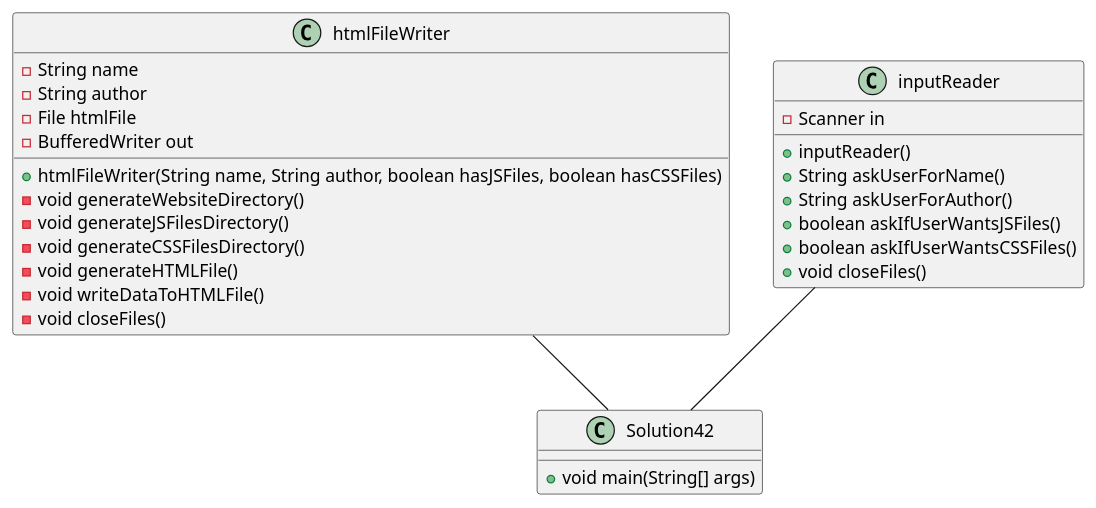
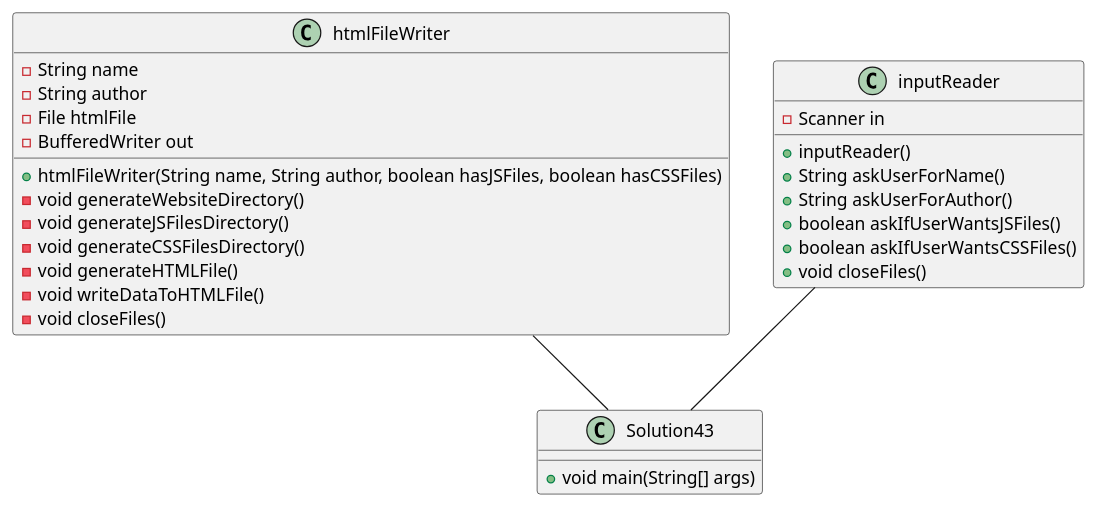
One commit to jkglaspey/glaspey-a04 changed the diagram in exercise43/docs/Solution43UMLDiagram.puml. Above: the diagram before and after it, drawn with PlantUML.

Commit message:
Updated PlantUML Diagram

```diff
--- a/exercise43/docs/Solution43UMLDiagram.puml
+++ b/exercise43/docs/Solution43UMLDiagram.puml
@@ -1,40 +1,40 @@
 @startuml
 class htmlFileWriter {
 ' Strings are data variables being used in the HTML file
 -String name
 -String author
 ' File object used to create html file
 -File htmlFile
 ' BufferedWriter object is used to write output to the html file
 -BufferedWriter out
 
 ' Constructor calls all methods of the class. Everything was specified by the user, so no need for change.
 +htmlFileWriter(String name, String author, boolean hasJSFiles, boolean hasCSSFiles)
 -void generateWebsiteDirectory()
 -void generateJSFilesDirectory()
 -void generateCSSFilesDirectory()
 -void generateHTMLFile()
 -void writeDataToHTMLFile()
 -void closeFiles()
 }
 
 class inputReader {
 ' Scanner is created as System.in
 -Scanner in
 
 ' Constructor initializes Scanner
 +inputReader()
 +String askUserForName()
 +String askUserForAuthor()
 +boolean askIfUserWantsJSFiles()
 +boolean askIfUserWantsCSSFiles()
 +void closeFiles()
 }
 
-class Solution42 {
+class Solution43 {
 +void main(String[] args)
 }
 
-inputReader -- Solution42
-htmlFileWriter -- Solution42
+inputReader -- Solution43
+htmlFileWriter -- Solution43
 @enduml
```
